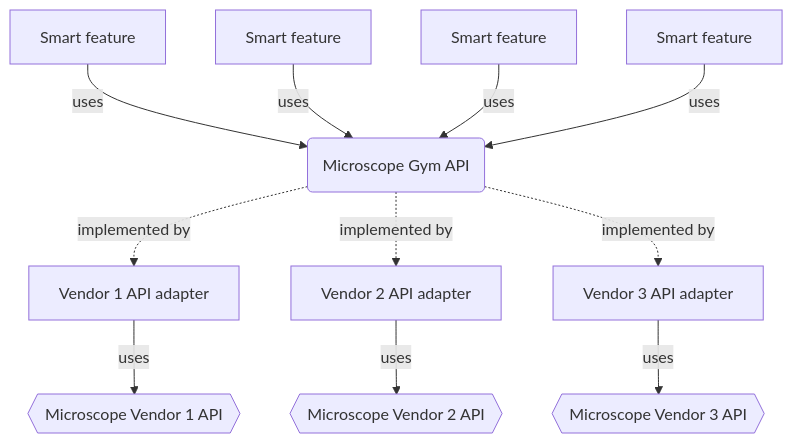
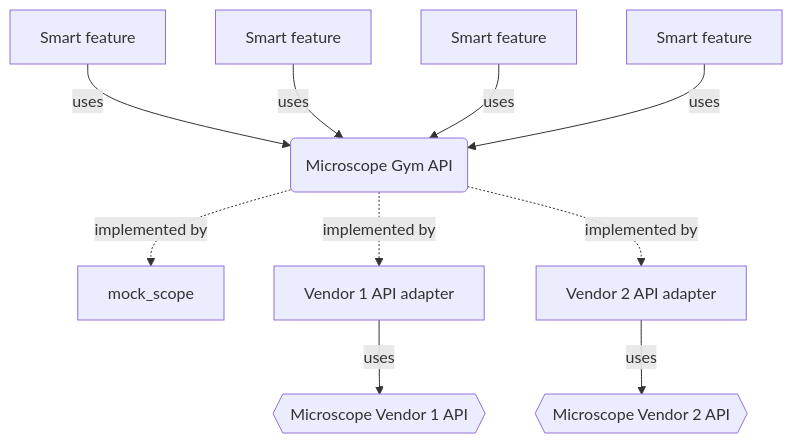
One commit to BiAPoL/microscope-gym changed the diagram in README.md. Above: the diagram before and after it, drawn with Mermaid.

Commit message:
Update diagram with mock_scope

````diff
--- a/README.md
+++ b/README.md
@@ -13,13 +13,12 @@
 ```mermaid
 flowchart TD
     A[Smart feature] --> |uses| B(Microscope Gym API)
-    AA[Smart feature] --> |uses| B(Microscope Gym API)
-    AAA[Smart feature] --> |uses| B(Microscope Gym API)
-    AAAA[Smart feature] --> |uses| B(Microscope Gym API)
-    B -.-> |implemented by| C[Vendor 1 API adapter]
-    B -.-> |implemented by| D[Vendor 2 API adapter]
-    B -.-> |implemented by| E[Vendor 3 API adapter]
-    C --> |uses| F{{Microscope Vendor 1 API}}
-    D --> |uses| G{{Microscope Vendor 2 API}}
-    E --> |uses| H{{Microscope Vendor 3 API}}
+    AA[Smart feature] --> |uses| B
+    AAA[Smart feature] --> |uses| B
+    AAAA[Smart feature] --> |uses| B
+    B -.-> |implemented by| C[mock_scope]
+    B -.-> |implemented by| D[Vendor 1 API adapter]
+    B -.-> |implemented by| E[Vendor 2 API adapter]
+    D --> |uses| G{{Microscope Vendor 1 API}}
+    E --> |uses| H{{Microscope Vendor 2 API}}
 ```
````
